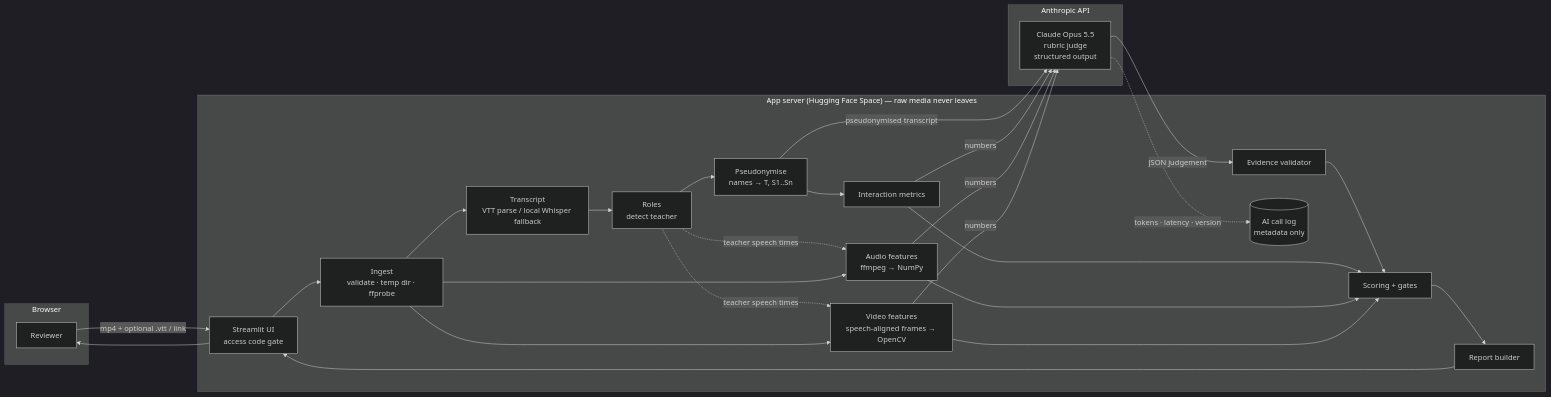
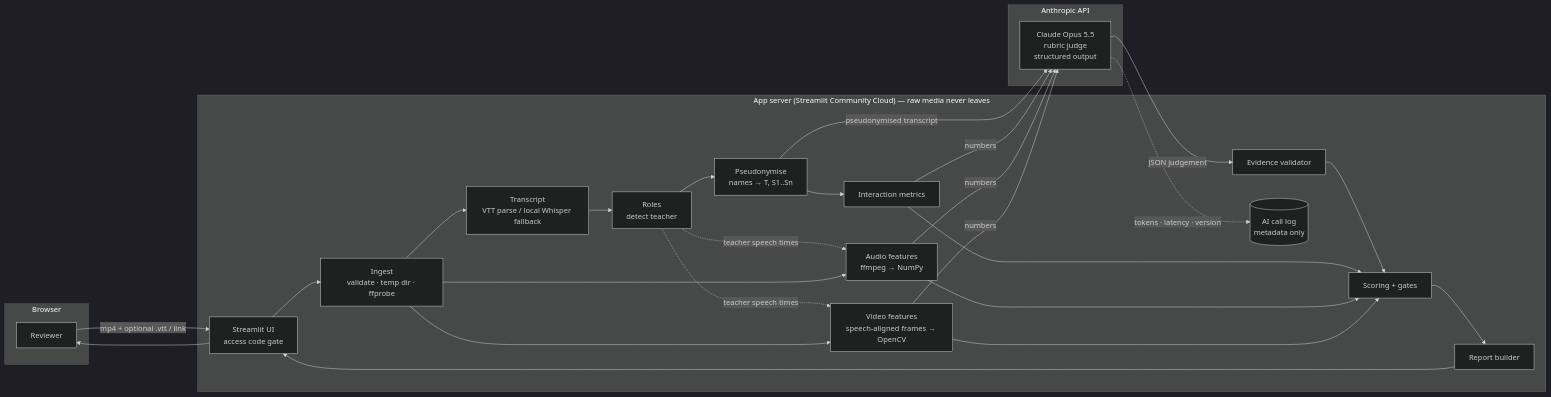
The first of 2 diagrams in docs/HLD.md (Ashish94312/classlens), drawn with Mermaid (dark theme) before and after one commit. The commit also changed other lines of this file and 5 other files, not shown here.

First line of the commit message:
Switch hosting target to Streamlit Community Cloud

````diff
--- a/docs/HLD.md
+++ b/docs/HLD.md
@@ -86,40 +86,40 @@
 ```mermaid
 flowchart LR
   subgraph Browser
     U[Reviewer]
   end
-  subgraph Server["App server (Hugging Face Space) — raw media never leaves"]
+  subgraph Server["App server (Streamlit Community Cloud) — raw media never leaves"]
     UI[Streamlit UI<br/>access code gate]
     ING[Ingest<br/>validate · temp dir · ffprobe]
     TR[Transcript<br/>VTT parse / local Whisper fallback]
     ROLE[Roles<br/>detect teacher]
     PRIV[Pseudonymise<br/>names → T, S1..Sn]
     MET[Interaction metrics]
     AUD[Audio features<br/>ffmpeg → NumPy]
     VID[Video features<br/>speech-aligned frames → OpenCV]
     VAL[Evidence validator]
     SC[Scoring + gates]
     REP[Report builder]
     LOG[(AI call log<br/>metadata only)]
   end
   subgraph Anthropic["Anthropic API"]
     LLM[Claude Opus 5.5<br/>rubric judge<br/>structured output]
   end
 
   U -- mp4 + optional .vtt / link --> UI --> ING
   ING --> TR --> ROLE --> PRIV --> MET
   ROLE -. teacher speech times .-> AUD
   ROLE -. teacher speech times .-> VID
   ING --> AUD
   ING --> VID
   PRIV -- pseudonymised transcript --> LLM
   MET -- numbers --> LLM
   AUD -- numbers --> LLM
   VID -- numbers --> LLM
   LLM -- JSON judgement --> VAL --> SC
   MET --> SC
   AUD --> SC
   VID --> SC
   SC --> REP --> UI --> U
   LLM -. tokens · latency · version .-> LOG
 ```
````
